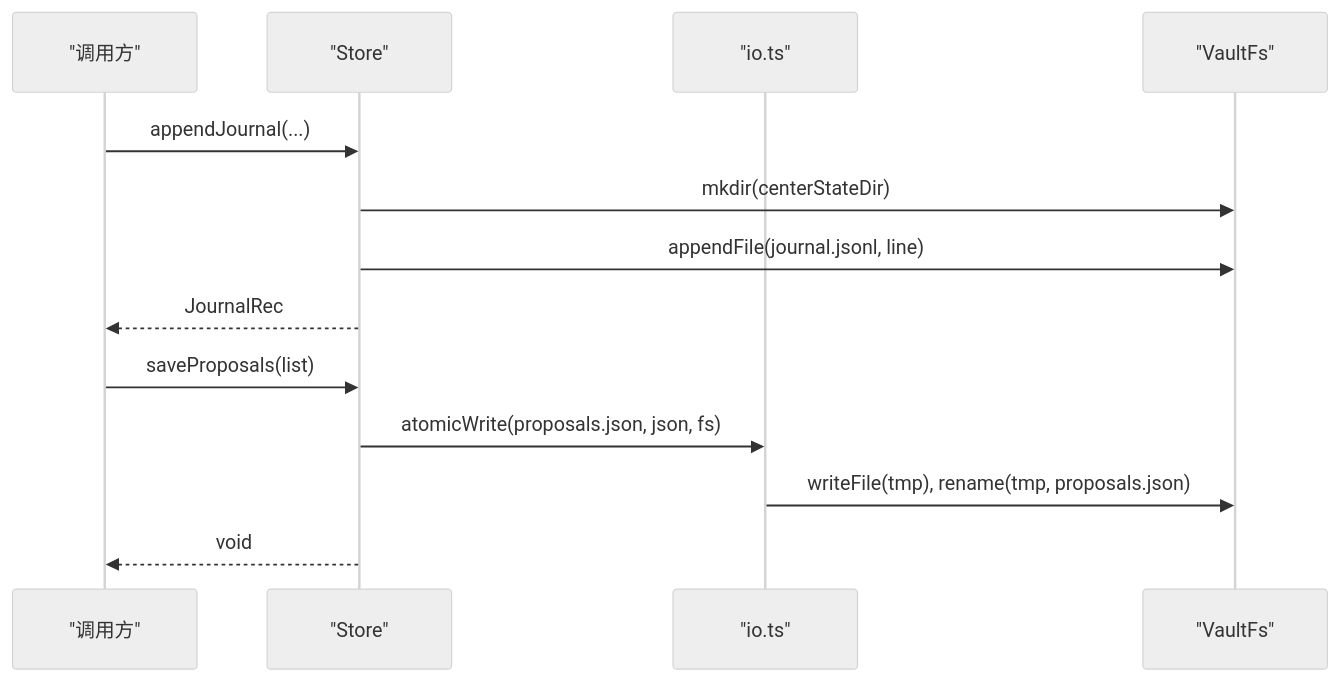
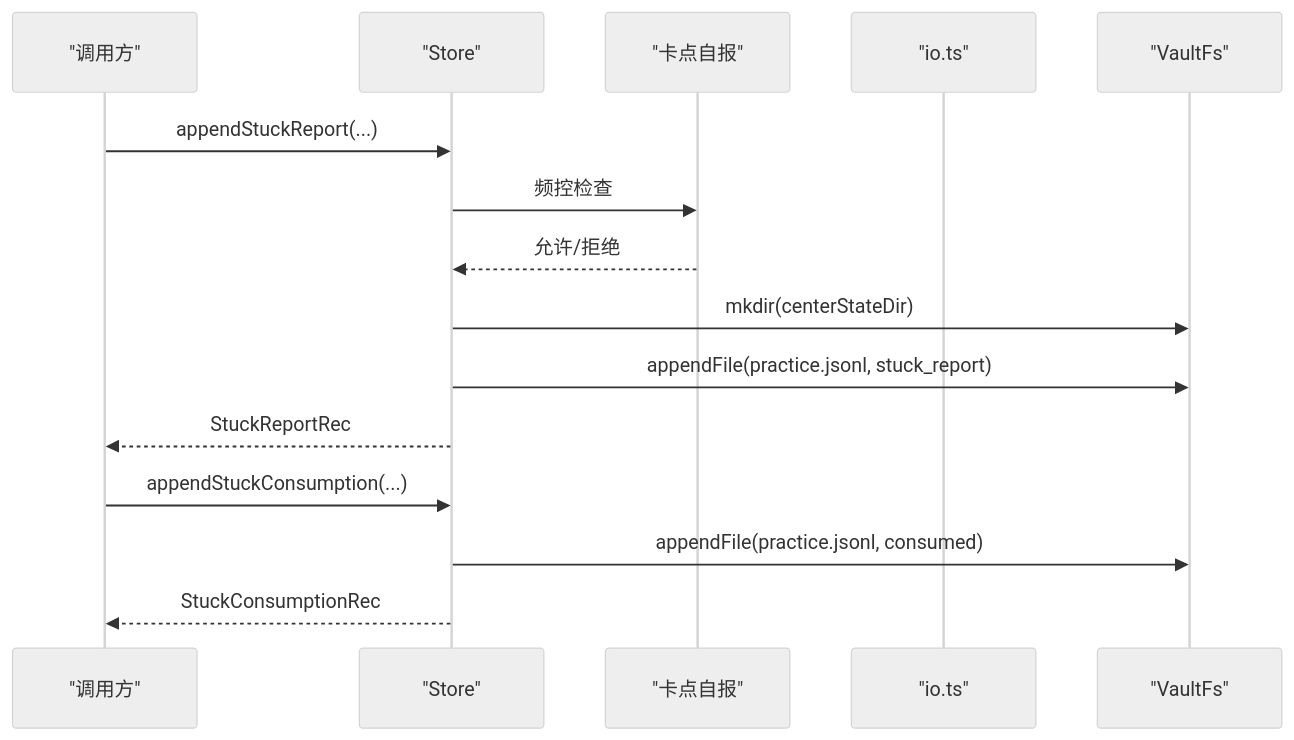
One commit to maozhijie/learnhub-plugin changed the second of 5 diagrams in .qoder/repowiki/zh/content/引擎核心/引擎存储系统/存储抽象层.md. Above: the diagram before and after it, drawn with Mermaid (neutral theme). The commit also changed other lines of this file and 8 other files, not shown here.

````diff
--- a/.qoder/repowiki/zh/content/引擎核心/引擎存储系统/存储抽象层.md
+++ b/.qoder/repowiki/zh/content/引擎核心/引擎存储系统/存储抽象层.md
@@ -79,15 +97,17 @@
 ```mermaid
 sequenceDiagram
 participant Caller as "调用方"
 participant Store as "Store"
+participant Stuck as "卡点自报"
 participant IO as "io.ts"
 participant FS as "VaultFs"
-Caller->>Store : appendJournal(...)
+Caller->>Store : appendStuckReport(...)
+Store->>Stuck : 频控检查
+Stuck-->>Store : 允许/拒绝
 Store->>FS : mkdir(centerStateDir)
-Store->>FS : appendFile(journal.jsonl, line)
-Store-->>Caller : JournalRec
-Caller->>Store : saveProposals(list)
-Store->>IO : atomicWrite(proposals.json, json, fs)
-IO->>FS : writeFile(tmp), rename(tmp, proposals.json)
-Store-->>Caller : void
+Store->>FS : appendFile(practice.jsonl, stuck_report)
+Store-->>Caller : StuckReportRec
+Caller->>Store : appendStuckConsumption(...)
+Store->>FS : appendFile(practice.jsonl, consumed)
+Store-->>Caller : StuckConsumptionRec
 ```
````
